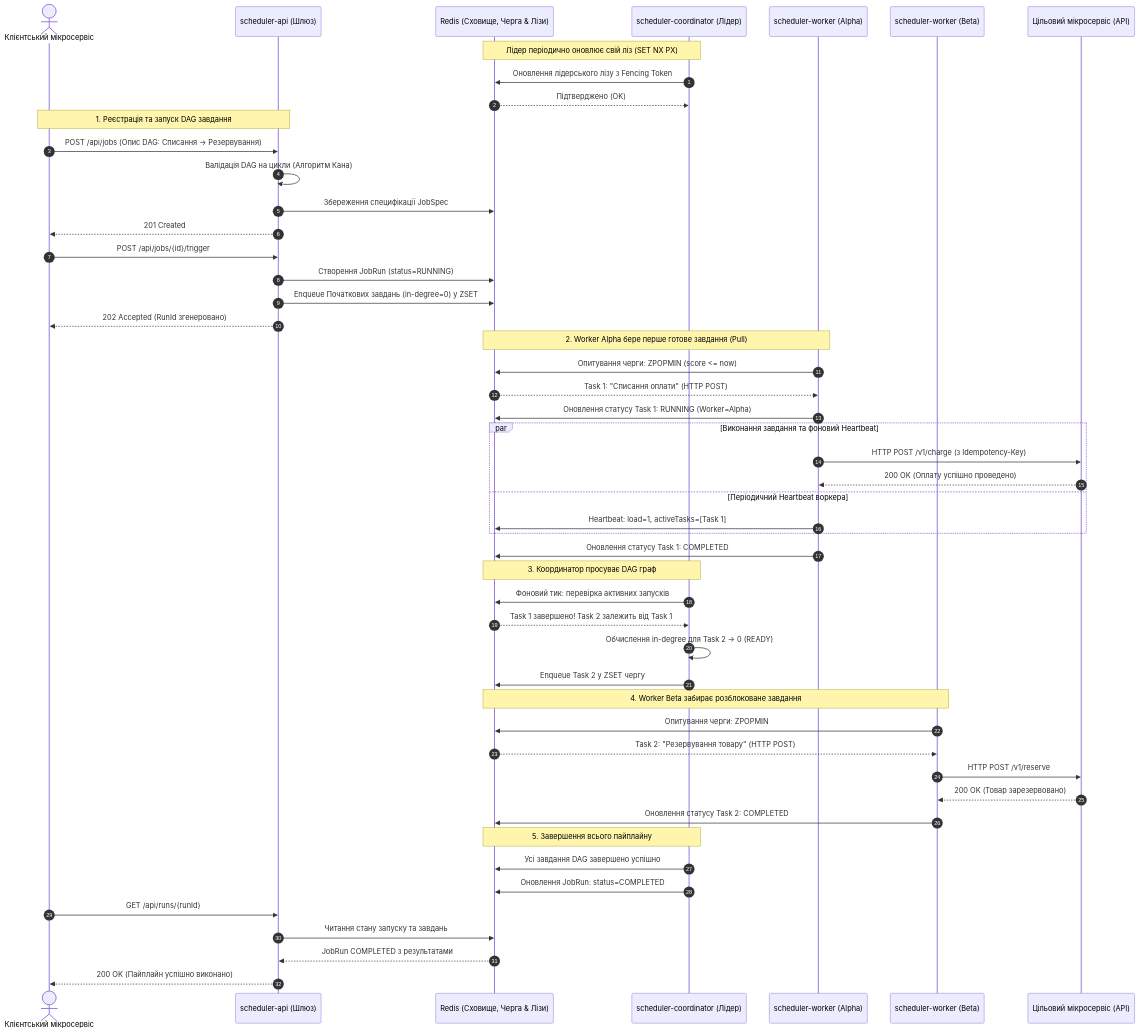
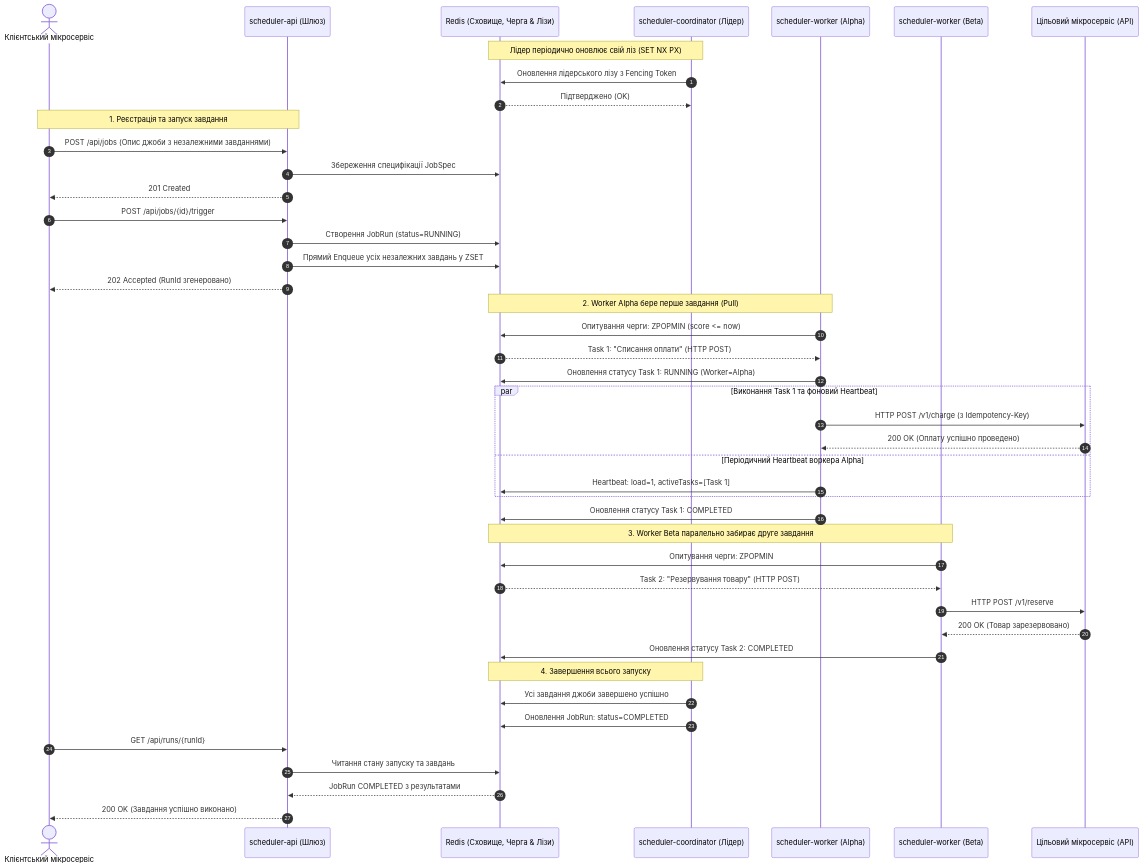
Before and after one commit to tarashor/job-scheduler: the second of 4 diagrams in README.md, drawn with Mermaid. The commit also changed other lines of this file and 9 other files, not shown here.

Commit message:
Remove DAG dependency engine and support independent parallel task execution

````diff
--- a/README.md
+++ b/README.md
@@ -93,62 +93,55 @@
 ```mermaid
 sequenceDiagram
     autonumber
     actor Client as Клієнтський мікросервіс
     participant API as scheduler-api (Шлюз)
     participant Redis as Redis (Сховище, Черга & Лізи)
     participant Coord as scheduler-coordinator (Лідер)
     participant W1 as scheduler-worker (Alpha)
     participant W2 as scheduler-worker (Beta)
     participant Target as Цільовий мікросервіс (API)
 
     Note over Coord,Redis: Лідер періодично оновлює свій ліз (SET NX PX)
     Coord->>Redis: Оновлення лідерського лізу з Fencing Token
     Redis-->>Coord: Підтверджено (OK)
 
-    Note over Client,API: 1. Реєстрація та запуск DAG завдання
-    Client->>API: POST /api/jobs (Опис DAG: Списання -> Резервування)
-    API->>API: Валідація DAG на цикли (Алгоритм Кана)
+    Note over Client,API: 1. Реєстрація та запуск завдання
+    Client->>API: POST /api/jobs (Опис джоби з незалежними завданнями)
     API->>Redis: Збереження специфікації JobSpec
     API-->>Client: 201 Created
 
     Client->>API: POST /api/jobs/{id}/trigger
     API->>Redis: Створення JobRun (status=RUNNING)
-    API->>Redis: Enqueue Початкових завдань (in-degree=0) у ZSET
+    API->>Redis: Прямий Enqueue усіх незалежних завдань у ZSET
     API-->>Client: 202 Accepted (RunId згенеровано)
 
-    Note over Redis,W1: 2. Worker Alpha бере перше готове завдання (Pull)
+    Note over Redis,W1: 2. Worker Alpha бере перше завдання (Pull)
     W1->>Redis: Опитування черги: ZPOPMIN (score <= now)
     Redis-->>W1: Task 1: "Списання оплати" (HTTP POST)
     W1->>Redis: Оновлення статусу Task 1: RUNNING (Worker=Alpha)
 
-    par Виконання завдання та фоновий Heartbeat
+    par Виконання Task 1 та фоновий Heartbeat
         W1->>Target: HTTP POST /v1/charge (з Idempotency-Key)
         Target-->>W1: 200 OK (Оплату успішно проведено)
-    and Періодичний Heartbeat воркера
+    and Періодичний Heartbeat воркера Alpha
         W1->>Redis: Heartbeat: load=1, activeTasks=[Task 1]
     end
 
     W1->>Redis: Оновлення статусу Task 1: COMPLETED
 
-    Note over Coord,Redis: 3. Координатор просуває DAG граф
-    Coord->>Redis: Фоновий тик: перевірка активних запусків
-    Redis-->>Coord: Task 1 завершено! Task 2 залежить від Task 1
-    Coord->>Coord: Обчислення in-degree для Task 2 -> 0 (READY)
-    Coord->>Redis: Enqueue Task 2 у ZSET чергу
-
-    Note over Redis,W2: 4. Worker Beta забирає розблоковане завдання
+    Note over Redis,W2: 3. Worker Beta паралельно забирає друге завдання
     W2->>Redis: Опитування черги: ZPOPMIN
     Redis-->>W2: Task 2: "Резервування товару" (HTTP POST)
     W2->>Target: HTTP POST /v1/reserve
     Target-->>W2: 200 OK (Товар зарезервовано)
     W2->>Redis: Оновлення статусу Task 2: COMPLETED
 
-    Note over Coord,Redis: 5. Завершення всього пайплайну
-    Coord->>Redis: Усі завдання DAG завершено успішно
+    Note over Coord,Redis: 4. Завершення всього запуску
+    Coord->>Redis: Усі завдання джоби завершено успішно
     Coord->>Redis: Оновлення JobRun: status=COMPLETED
     
     Client->>API: GET /api/runs/{runId}
     API->>Redis: Читання стану запуску та завдань
     Redis-->>API: JobRun COMPLETED з результатами
-    API-->>Client: 200 OK (Пайплайн успішно виконано)
+    API-->>Client: 200 OK (Завдання успішно виконано)
 ```
````
